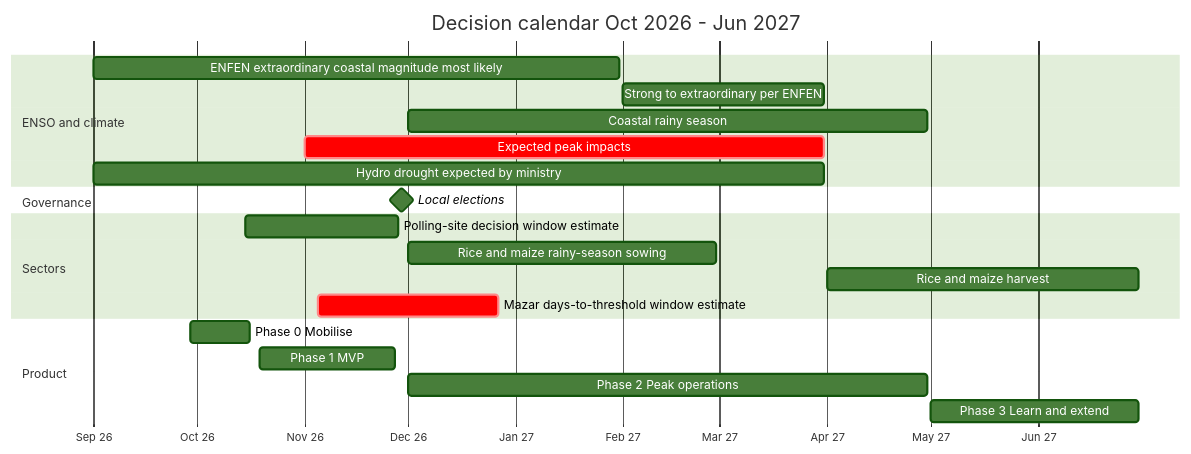
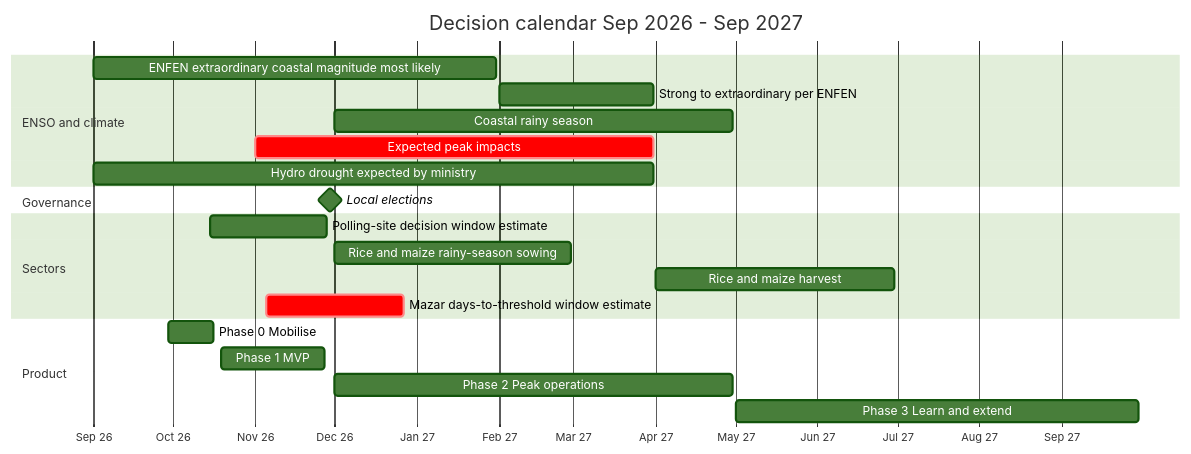
The third of 4 diagrams in docs/01-context-el-nino-ecuador.md (mcastroarroyo/weathernext), drawn with Mermaid (forest theme) before and after one commit. The commit also changed other lines of this file, not shown here.

````diff
--- a/docs/01-context-el-nino-ecuador.md
+++ b/docs/01-context-el-nino-ecuador.md
@@ -524,24 +527,24 @@
 ```mermaid
 gantt
-  title Decision calendar Oct 2026 - Jun 2027
+  title Decision calendar Sep 2026 - Sep 2027
   dateFormat YYYY-MM-DD
   axisFormat %b %y
   section ENSO and climate
   ENFEN extraordinary coastal magnitude most likely :e1, 2026-09-01, 2027-01-31
   Strong to extraordinary per ENFEN :e2, 2027-02-01, 2027-03-31
   Coastal rainy season :e3, 2026-12-01, 2027-04-30
   Expected peak impacts :crit, e4, 2026-11-01, 2027-03-31
   Hydro drought expected by ministry :e5, 2026-09-01, 2027-03-31
   section Governance
   Local elections :milestone, g1, 2026-11-29, 0d
   section Sectors
   Polling-site decision window estimate :s1, 2026-10-15, 2026-11-28
   Rice and maize rainy-season sowing :s2, 2026-12-01, 2027-02-28
   Rice and maize harvest :s3, 2027-04-01, 2027-06-30
   Mazar days-to-threshold window estimate :crit, s4, 2026-11-05, 2026-12-27
   section Product
   Phase 0 Mobilise :p0, 2026-09-29, 2026-10-16
   Phase 1 MVP :p1, 2026-10-19, 2026-11-27
   Phase 2 Peak operations :p2, 2026-12-01, 2027-04-30
-  Phase 3 Learn and extend :p3, 2027-05-01, 2027-06-30
+  Phase 3 Learn and extend :p3, 2027-05-01, 2027-09-30
 ```
````
